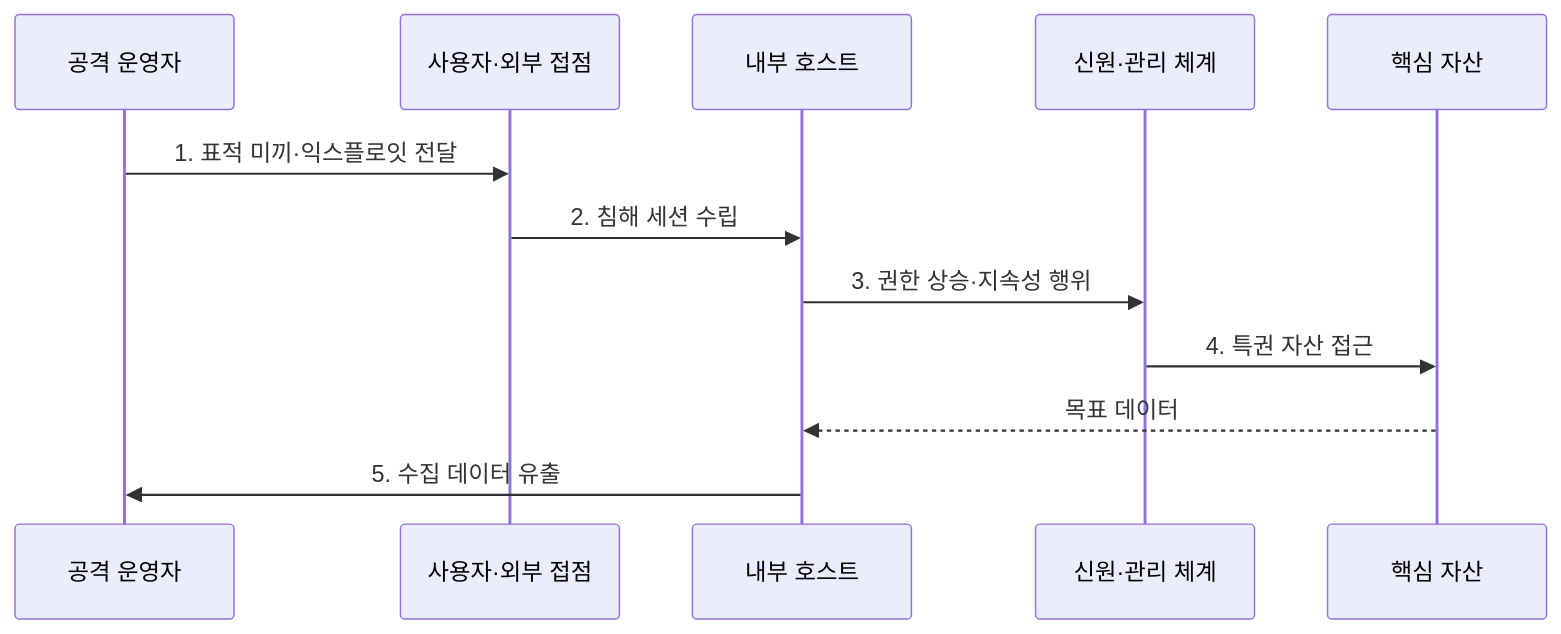
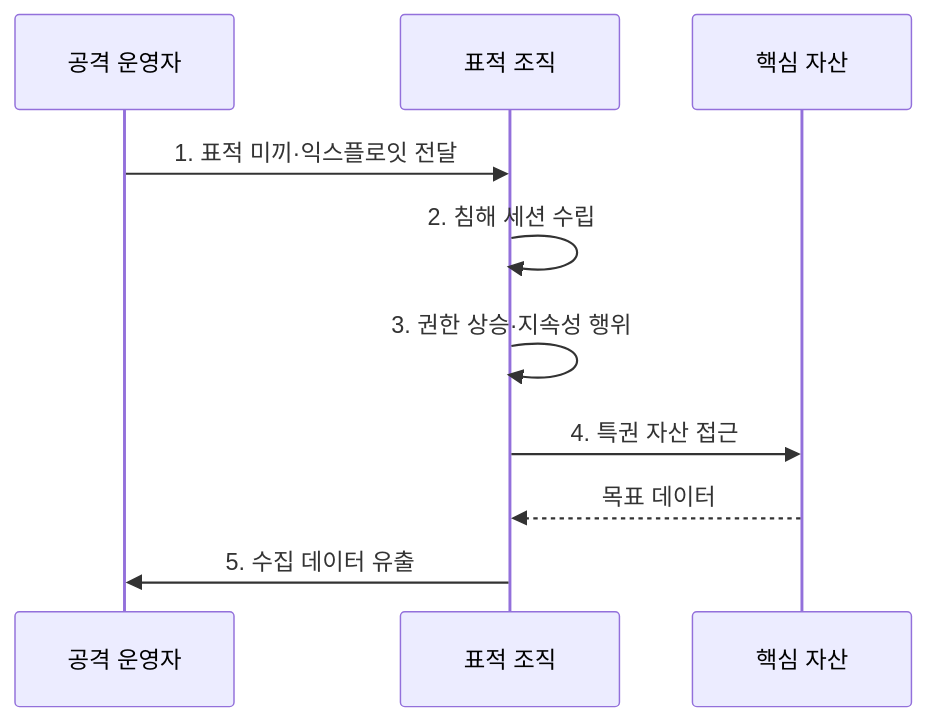
Before and after one commit to agnusdei1207/knowledge-base: the second of 2 diagrams in src/content/docs/notes/05-security/027_advanced_persistent_threat.md, drawn with Mermaid. The commit also changed 8 other files, not shown here.

Commit message:
Simplify security operations sequences

````diff
--- a/src/content/docs/notes/05-security/027_advanced_persistent_threat.md
+++ b/src/content/docs/notes/05-security/027_advanced_persistent_threat.md
@@ -103,14 +103,12 @@
 ```mermaid
 sequenceDiagram
     participant A as 공격 운영자
-    participant E as 사용자·외부 접점
-    participant H as 내부 호스트
-    participant I as 신원·관리 체계
+    participant H as 표적 조직
     participant C as 핵심 자산
-    A->>E: 1. 표적 미끼·익스플로잇 전달
-    E->>H: 2. 침해 세션 수립
-    H->>I: 3. 권한 상승·지속성 행위
-    I->>C: 4. 특권 자산 접근
+    A->>H: 1. 표적 미끼·익스플로잇 전달
+    H->>H: 2. 침해 세션 수립
+    H->>H: 3. 권한 상승·지속성 행위
+    H->>C: 4. 특권 자산 접근
     C-->>H: 목표 데이터
     H->>A: 5. 수집 데이터 유출
 ```
````
